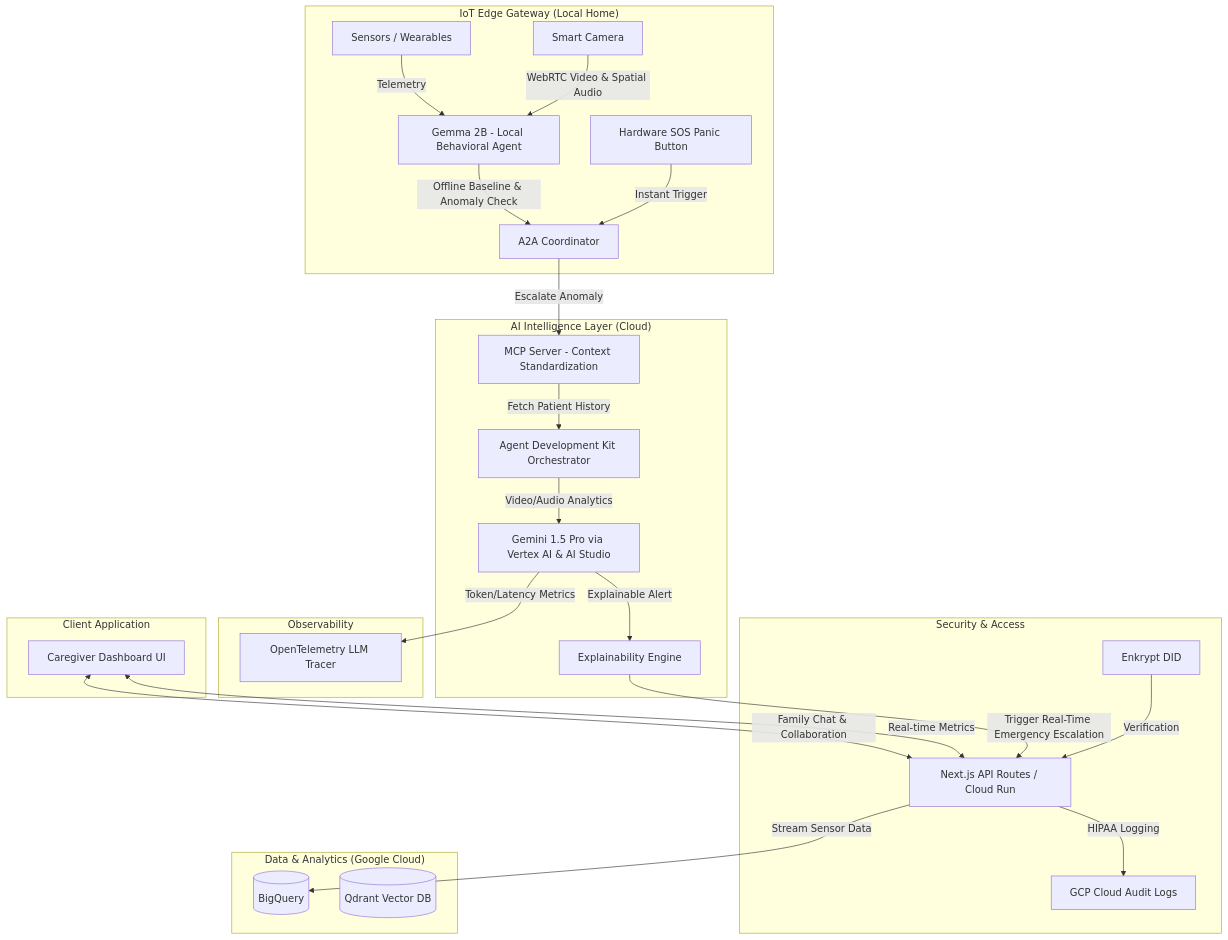
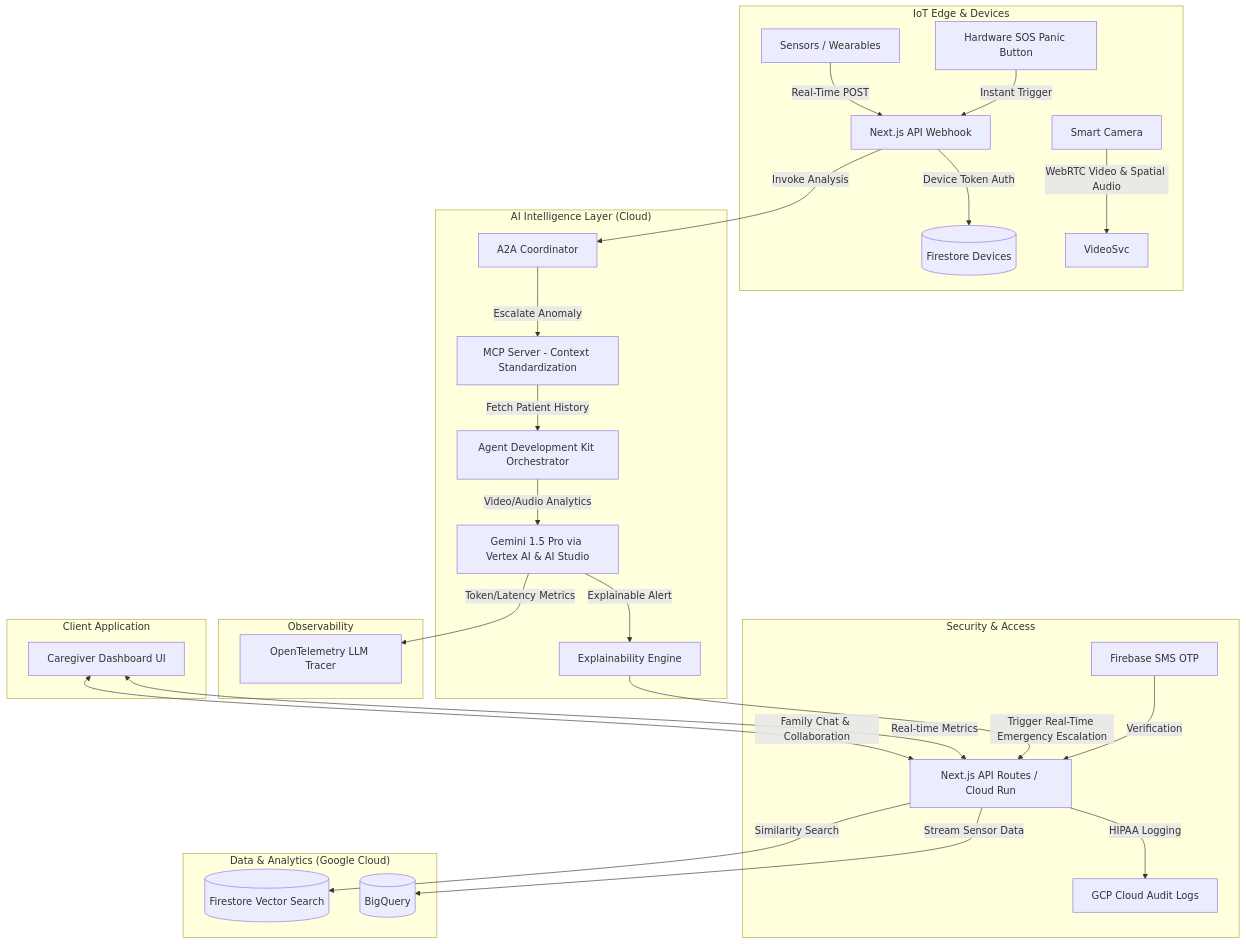
The diagram in docs/ARCHITECTURE.md (rockerspace/AuraCare-AI), drawn with Mermaid before and after one commit. The commit also changed other lines of this file and 23 other files, not shown here.

Commit message:
feat: Production-grade real-time IoT Ingestion Webhook

````diff
--- a/docs/ARCHITECTURE.md
+++ b/docs/ARCHITECTURE.md
@@ -8,36 +8,37 @@
 ```mermaid
 graph TD
-    subgraph IoT_Edge_Gateway ["IoT Edge Gateway (Local Home)"]
-        S[Sensors / Wearables] -->|Telemetry| Gemma[Gemma 2B - Local Behavioral Agent]
-        Cam[Smart Camera] -->|WebRTC Video & Spatial Audio| Gemma
-        SOS[Hardware SOS Panic Button] -->|Instant Trigger| A2A
-        Gemma -->|Offline Baseline & Anomaly Check| A2A[A2A Coordinator]
+    subgraph IoT_Edge_Gateway ["IoT Edge & Devices"]
+        S[Sensors / Wearables] -->|Real-Time POST| Webhook[Next.js API Webhook]
+        Webhook -->|Device Token Auth| FirestoreAuth[(Firestore Devices)]
+        Cam[Smart Camera] -->|WebRTC Video & Spatial Audio| VideoSvc
+        SOS[Hardware SOS Panic Button] -->|Instant Trigger| Webhook
     end
 
     subgraph Security_Access ["Security & Access"]
-        Auth[Enkrypt DID] -->|Verification| API
+        Auth[Firebase SMS OTP] -->|Verification| API
         API[Next.js API Routes / Cloud Run] -->|HIPAA Logging| Audit[GCP Cloud Audit Logs]
     end
 
     subgraph Data_Analytics ["Data & Analytics (Google Cloud)"]
         API -->|Stream Sensor Data| BQ[(BigQuery)]
-        Qdrant[(Qdrant Vector DB)]
+        API -->|Similarity Search| FirestoreVec[(Firestore Vector Search)]
     end
 
     subgraph AI_Intelligence_Layer ["AI Intelligence Layer (Cloud)"]
+        Webhook -->|Invoke Analysis| A2A[A2A Coordinator]
         A2A -->|Escalate Anomaly| MCP[MCP Server - Context Standardization]
         MCP -->|Fetch Patient History| ADK[Agent Development Kit Orchestrator]
         ADK -->|Video/Audio Analytics| Vertex[Gemini 1.5 Pro via Vertex AI & AI Studio]
         Vertex -->|Explainable Alert| Explain[Explainability Engine]
         Explain -->|Trigger Real-Time Emergency Escalation| API
     end
     
     subgraph Observability ["Observability"]
         Vertex -->|Token/Latency Metrics| OTel[OpenTelemetry LLM Tracer]
     end
     
     subgraph Client_Application ["Client Application"]
         Dashboard[Caregiver Dashboard UI] <-->|Real-time Metrics| API
         Dashboard <-->|Family Chat & Collaboration| API
     end
 ```
````
